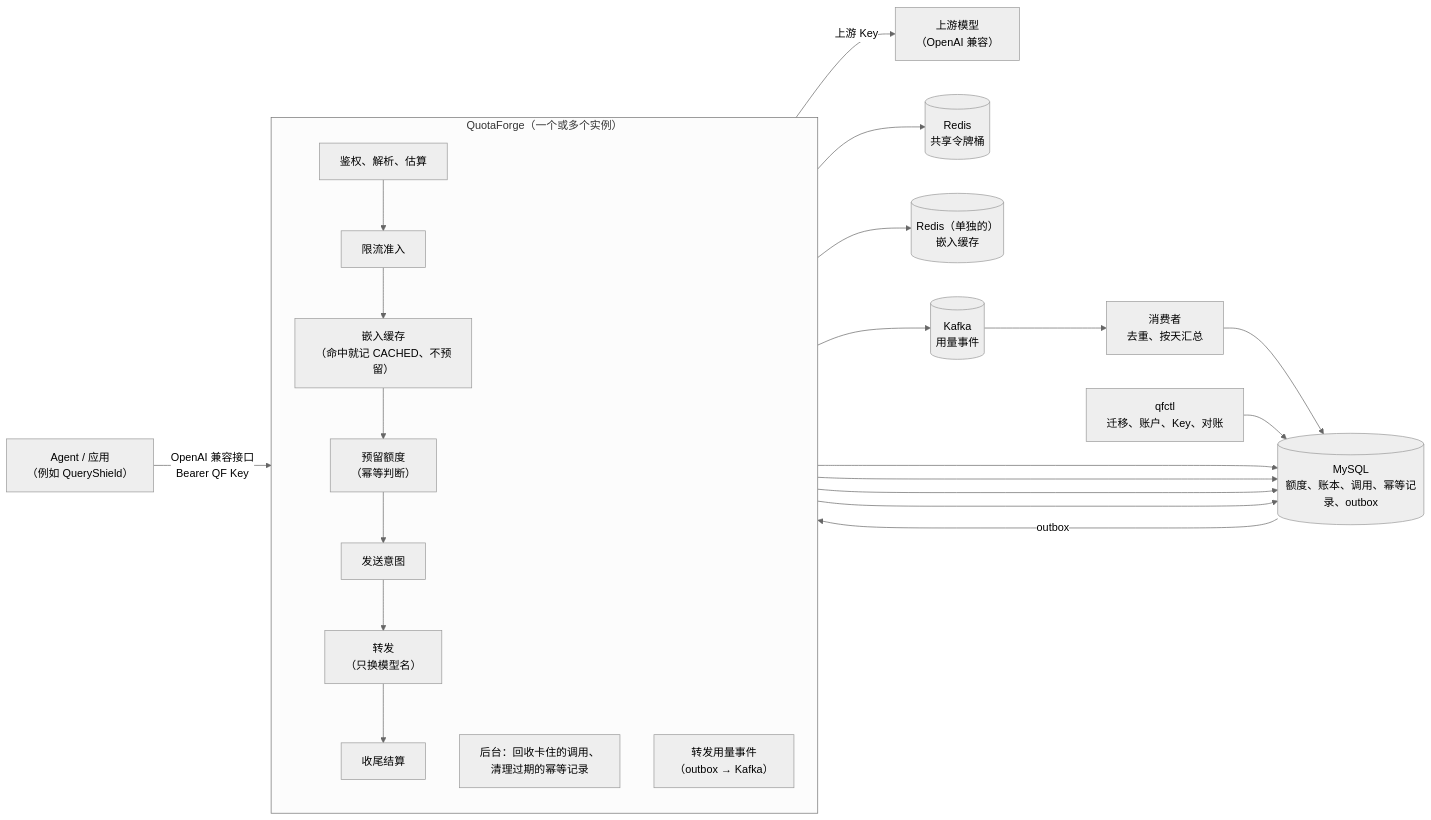
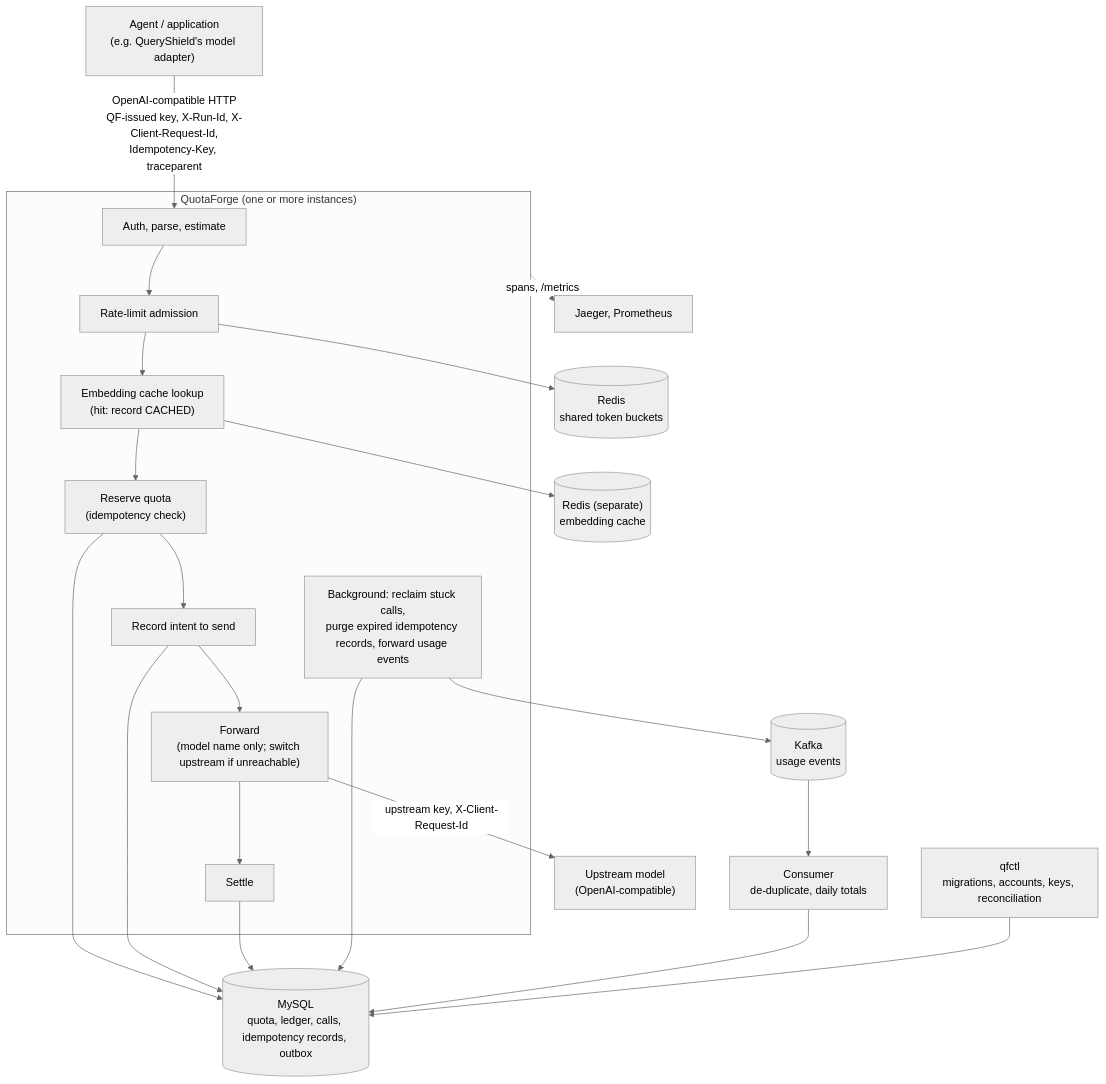
Before and after one commit to Jonsonwu0823-coding/quotaforge: the diagram in README.md, drawn with Mermaid (neutral theme). The commit also changed other lines of this file and 12 other files, not shown here.

````diff
--- a/README.md
+++ b/README.md
@@ -14,20 +23,19 @@
 ```mermaid
-flowchart LR
-    client["Agent / 应用<br/>（例如 QueryShield）"]
-    subgraph qf["QuotaForge（一个或多个实例）"]
-        direction TB
-        check["鉴权、解析、估算"] --> admit["限流准入"] --> cache["嵌入缓存<br/>（命中就记 CACHED、不预留）"] --> reserve["预留额度<br/>（幂等判断）"] --> intent["发送意图"] --> forward["转发<br/>（只换模型名）"] --> settle["收尾结算"]
-        bg["后台：回收卡住的调用、<br/>清理过期的幂等记录"]
-        fwd["转发用量事件<br/>（outbox → Kafka）"]
+flowchart TB
+    client["Agent / application<br/>(e.g. QueryShield's model adapter)"]
+    subgraph qf["QuotaForge (one or more instances)"]
+        check["Auth, parse, estimate"] --> admit["Rate-limit admission"] --> cache["Embedding cache lookup<br/>(hit: record CACHED)"] --> reserve["Reserve quota<br/>(idempotency check)"] --> intent["Record intent to send"] --> forward["Forward<br/>(model name only; switch upstream if unreachable)"] --> settle["Settle"]
+        bg["Background: reclaim stuck calls,<br/>purge expired idempotency records, forward usage events"]
     end
-    client -- "OpenAI 兼容接口<br/>Bearer QF Key" --> check
-    forward -- "上游 Key" --> upstream["上游模型<br/>（OpenAI 兼容）"]
-    admit --> redis[("Redis<br/>共享令牌桶")]
-    cache --> rcache[("Redis（单独的）<br/>嵌入缓存")]
-    reserve --> mysql[("MySQL<br/>额度、账本、调用、幂等记录、outbox")]
+    client -- "OpenAI-compatible HTTP<br/>QF-issued key, X-Run-Id, X-Client-Request-Id,<br/>Idempotency-Key, traceparent" --> check
+    forward -- "upstream key, X-Client-Request-Id" --> upstream["Upstream model<br/>(OpenAI-compatible)"]
+    admit --> redis[("Redis<br/>shared token buckets")]
+    cache --> rcache[("Redis (separate)<br/>embedding cache")]
+    reserve --> mysql[("MySQL<br/>quota, ledger, calls, idempotency records, outbox")]
     intent --> mysql
     settle --> mysql
     bg --> mysql
-    mysql -- "outbox" --> fwd --> kafka[("Kafka<br/>用量事件")] --> consumer["消费者<br/>去重、按天汇总"] --> mysql
-    qfctl["qfctl<br/>迁移、账户、Key、对账"] --> mysql
+    bg --> kafka[("Kafka<br/>usage events")] --> consumer["Consumer<br/>de-duplicate, daily totals"] --> mysql
+    qf -. "spans, /metrics" .-> obs["Jaeger, Prometheus"]
+    qfctl["qfctl<br/>migrations, accounts, keys, reconciliation"] --> mysql
 ```
````
